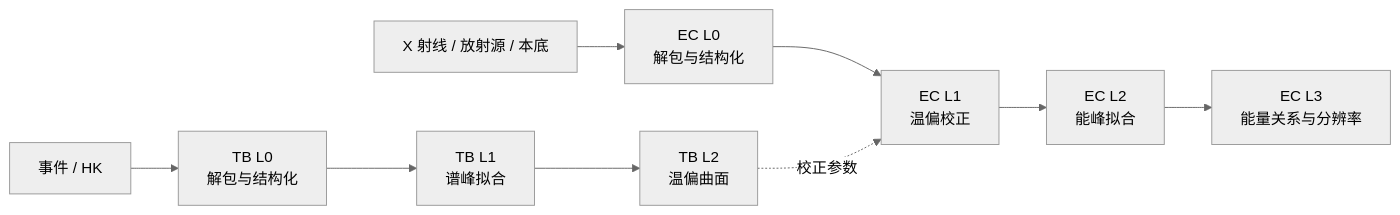
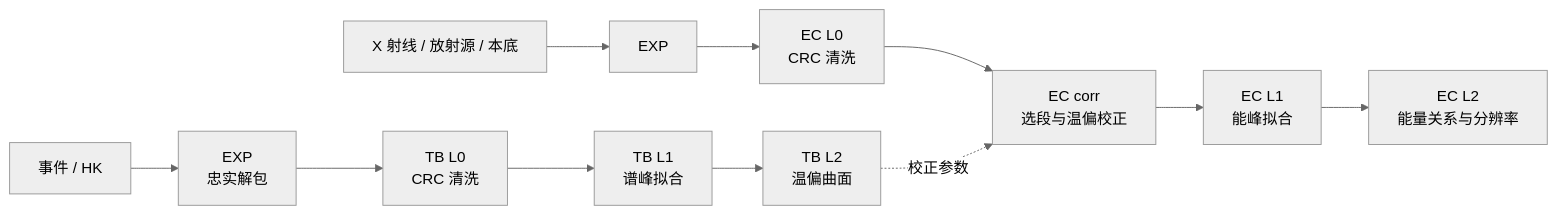
The diagram in README.md (Lee-Eee-Eee/GRID_Calibration_Lab), drawn with Mermaid (neutral theme) before and after one commit. The commit also changed other lines of this file and 51 other files, not shown here.

````diff
--- a/README.md
+++ b/README.md
@@ -90,8 +92,8 @@
 ```mermaid
 flowchart LR
-    TR["事件 / HK"] --> T0["TB L0<br/>解包与结构化"]
+    TR["事件 / HK"] --> EXP["EXP<br/>忠实解包"] --> T0["TB L0<br/>CRC 清洗"]
     T0 --> T1["TB L1<br/>谱峰拟合"] --> T2["TB L2<br/>温偏曲面"]
-    ER["X 射线 / 放射源 / 本底"] --> E0["EC L0<br/>解包与结构化"]
-    E0 --> E1["EC L1<br/>温偏校正"] --> E2["EC L2<br/>能峰拟合"] --> E3["EC L3<br/>能量关系与分辨率"]
+    ER["X 射线 / 放射源 / 本底"] --> EE["EXP"] --> E0["EC L0<br/>CRC 清洗"]
+    E0 --> E1["EC corr<br/>选段与温偏校正"] --> E2["EC L1<br/>能峰拟合"] --> E3["EC L2<br/>能量关系与分辨率"]
     T2 -. "校正参数" .-> E1
 ```
````
